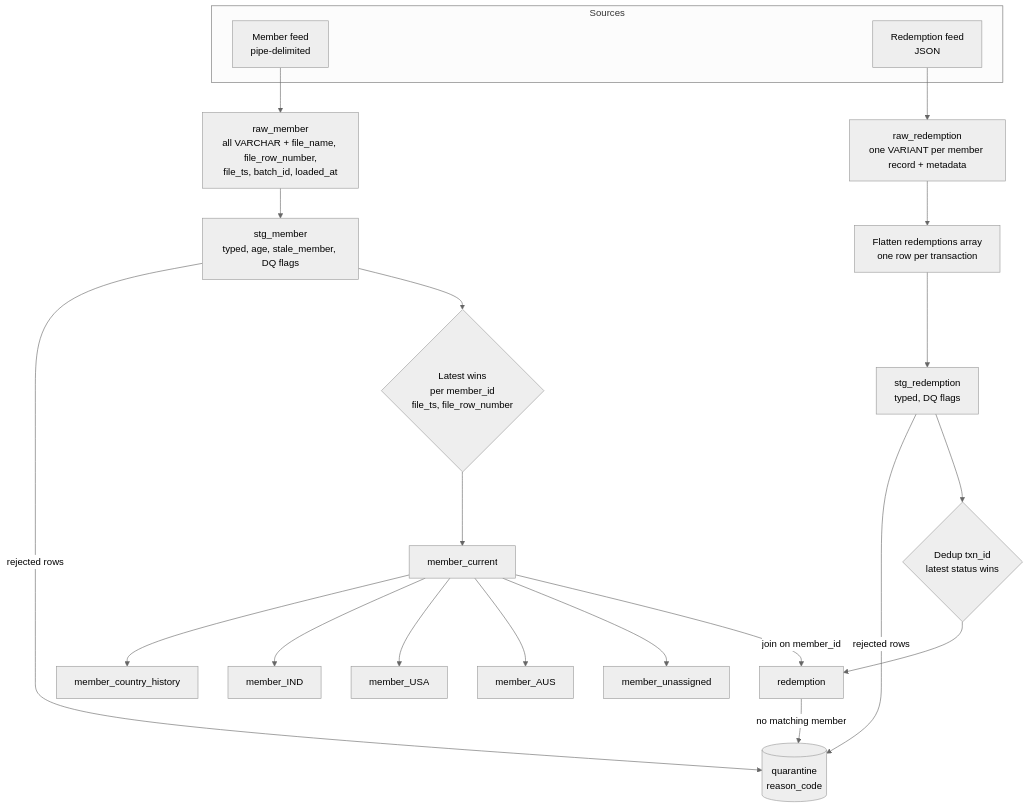
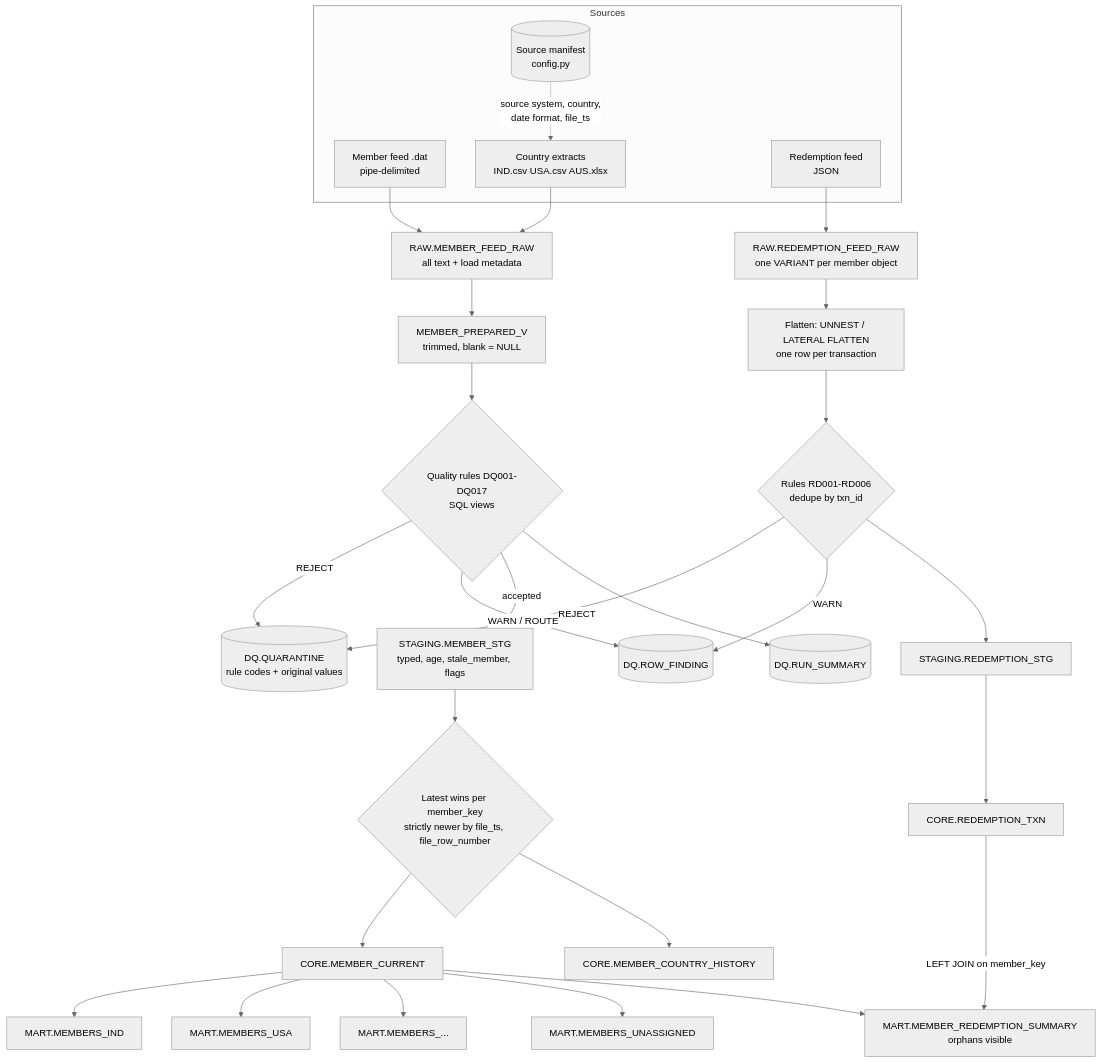
One commit to DS-Parihar/skypoints-de-assessment changed the diagram in docs/architecture.md. Above: the diagram before and after it, drawn with Mermaid (neutral theme). The commit also changed other lines of this file and 5 other files, not shown here.

Commit message:
docs: rewrite architecture, add scaling note and ADR 0008, write README

````diff
--- a/docs/architecture.md
+++ b/docs/architecture.md
@@ -72,31 +39,38 @@
 ```mermaid
 flowchart TD
     subgraph Sources
-        A1[Member feed<br/>pipe-delimited]
-        A2[Redemption feed<br/>JSON]
+        A1[Member feed .dat<br/>pipe-delimited]
+        A2[Country extracts<br/>IND.csv USA.csv AUS.xlsx]
+        A3[Redemption feed<br/>JSON]
+        M[(Source manifest<br/>config.py)]
     end
 
-    A1 --> R1[raw_member<br/>all VARCHAR + file_name, file_row_number,<br/>file_ts, batch_id, loaded_at]
-    A2 --> R2[raw_redemption<br/>one VARIANT per member record + metadata]
+    M -.->|source system, country,<br/>date format, file_ts| A2
+    A1 --> R1[RAW.MEMBER_FEED_RAW<br/>all text + load metadata]
+    A2 --> R1
+    A3 --> R2[RAW.REDEMPTION_FEED_RAW<br/>one VARIANT per member object]
 
-    R1 --> S1[stg_member<br/>typed, age, stale_member, DQ flags]
-    R2 --> F[Flatten redemptions array<br/>one row per transaction]
-    F --> S2[stg_redemption<br/>typed, DQ flags]
+    R1 --> V[MEMBER_PREPARED_V<br/>trimmed, blank = NULL]
+    V --> Q{Quality rules DQ001-DQ017<br/>SQL views}
+    Q -->|REJECT| QU[(DQ.QUARANTINE<br/>rule codes + original values)]
+    Q -->|WARN / ROUTE| F[(DQ.ROW_FINDING)]
+    Q -->|accepted| S1[STAGING.MEMBER_STG<br/>typed, age, stale_member, flags]
+    Q --> RS[(DQ.RUN_SUMMARY)]
 
-    S1 -->|rejected rows| Q[(quarantine<br/>reason_code)]
-    S2 -->|rejected rows| Q
+    S1 --> L{Latest wins per member_key<br/>strictly newer by file_ts, file_row_number}
+    L --> MC[CORE.MEMBER_CURRENT]
+    L --> H[CORE.MEMBER_COUNTRY_HISTORY]
+    MC --> T1[MART.MEMBERS_IND]
+    MC --> T2[MART.MEMBERS_USA]
+    MC --> T3[MART.MEMBERS_...]
+    MC --> T4[MART.MEMBERS_UNASSIGNED]
 
-    S1 --> L{Latest wins<br/>per member_id<br/>file_ts, file_row_number}
-    L --> MC[member_current]
-    MC --> H[member_country_history]
-
-    MC --> T1[member_IND]
-    MC --> T2[member_USA]
-    MC --> T3[member_AUS]
-    MC --> T4[member_unassigned]
-
-    S2 --> D{Dedup txn_id<br/>latest status wins}
-    D --> RD[redemption]
-    MC -->|join on member_id| RD
-    RD -->|no matching member| Q
+    R2 --> FL[Flatten: UNNEST / LATERAL FLATTEN<br/>one row per transaction]
+    FL --> RV{Rules RD001-RD006<br/>dedupe by txn_id}
+    RV -->|REJECT| QU
+    RV -->|WARN| F
+    RV --> S2[STAGING.REDEMPTION_STG]
+    S2 --> RT[CORE.REDEMPTION_TXN]
+    RT -->|LEFT JOIN on member_key| SUM[MART.MEMBER_REDEMPTION_SUMMARY<br/>orphans visible]
+    MC --> SUM
 ```
````
